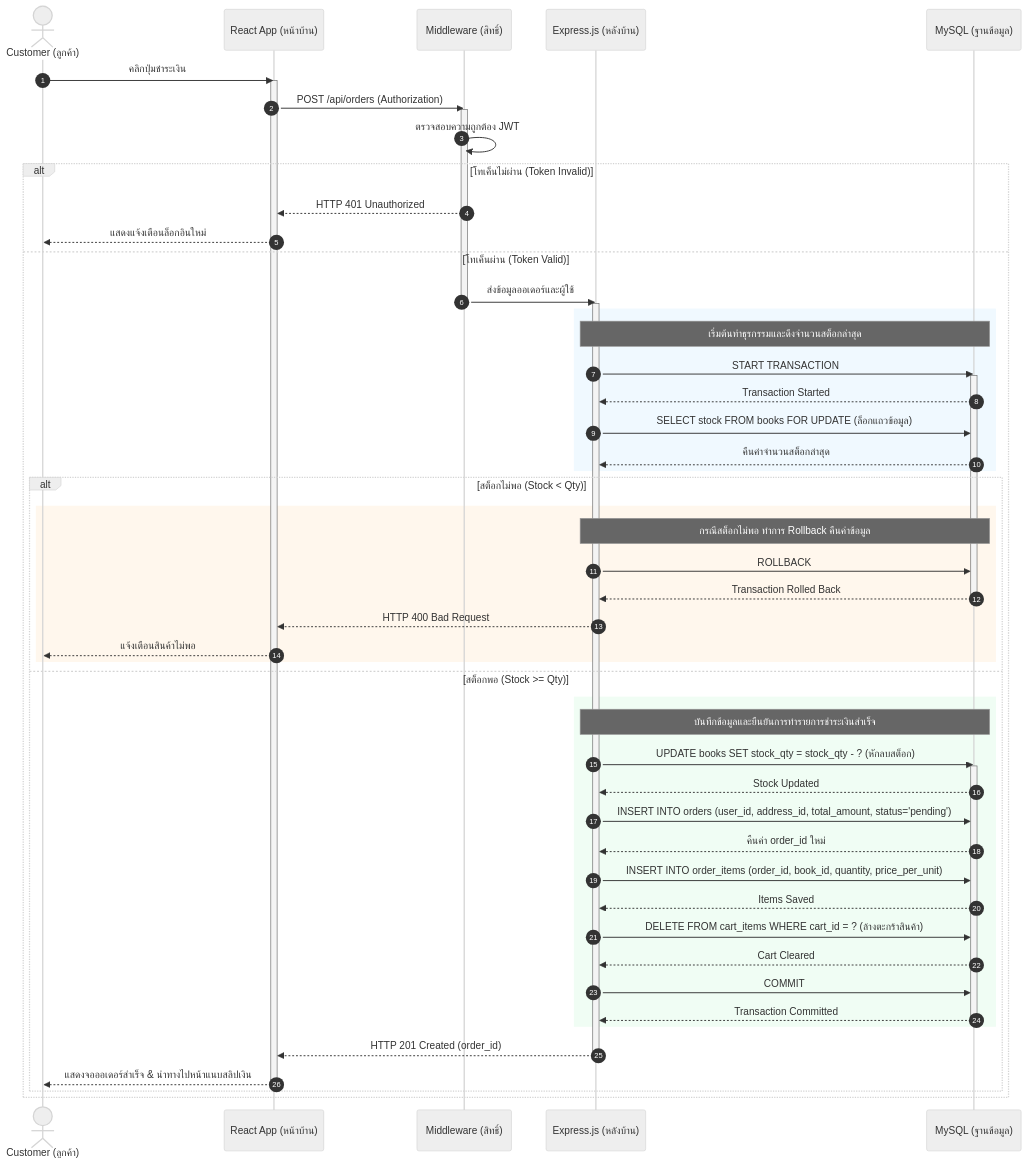
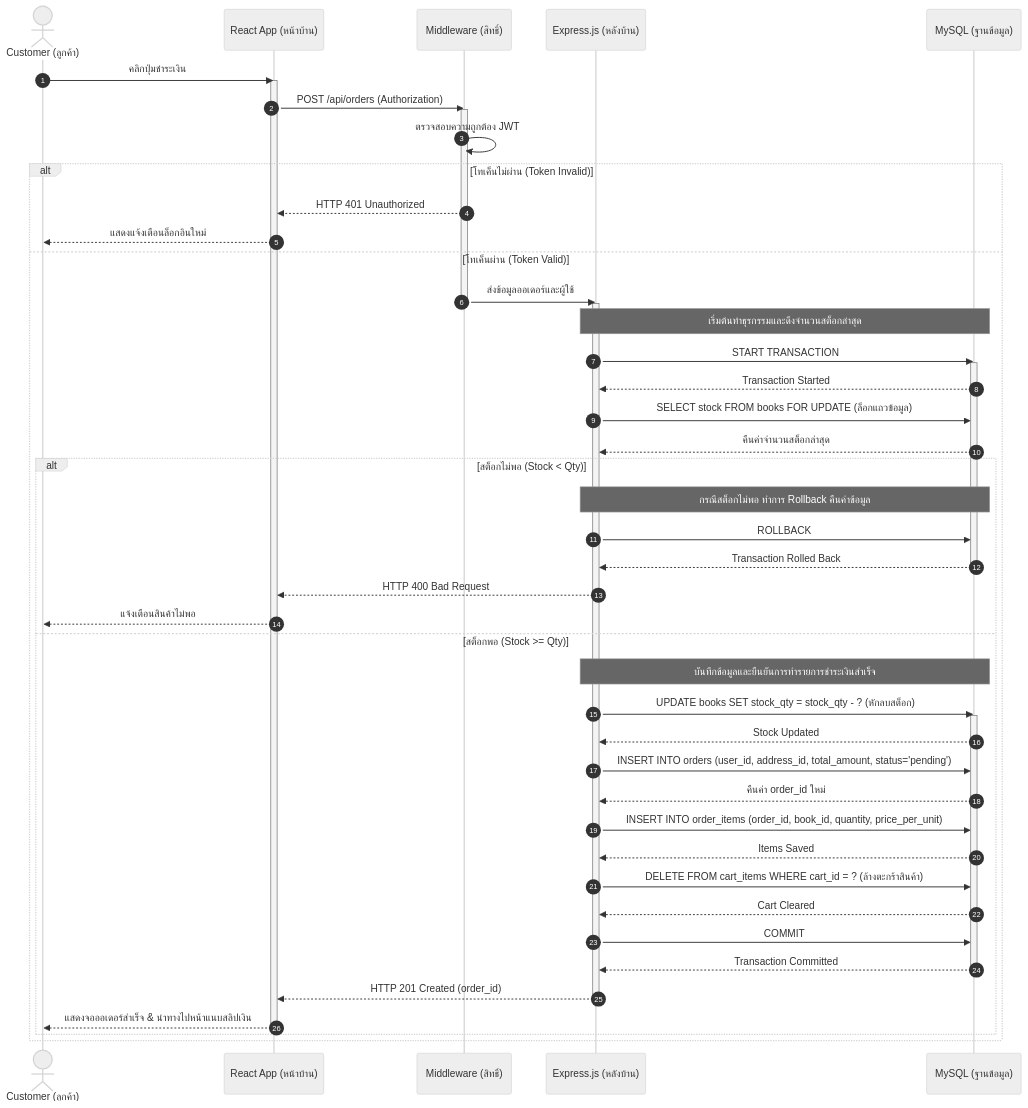
The sixth of 15 diagrams in diagram/Diagram.md (SupvichSpuGM/online-bookstore), drawn with Mermaid (neutral theme) before and after one commit. The commit also changed 1 other file, not shown here.

Commit message:
แก้ไข diagram มีสี

````diff
--- a/diagram/Diagram.md
+++ b/diagram/Diagram.md
@@ -397,71 +397,65 @@
 ```mermaid
 sequenceDiagram
             autonumber
             actor Customer as Customer (ลูกค้า)
             participant Client as React App (หน้าบ้าน)
             participant AuthMW as Middleware (สิทธิ์)
             participant API as Express.js (หลังบ้าน)
             participant DB as MySQL (ฐานข้อมูล)
 
             Customer->>Client: คลิกปุ่มชำระเงิน
             activate Client
             Client->>AuthMW: POST /api/orders (Authorization)
             activate AuthMW
             
             AuthMW->>AuthMW: ตรวจสอบความถูกต้อง JWT
             
             alt โทเค็นไม่ผ่าน (Token Invalid)
                 AuthMW-->>Client: HTTP 401 Unauthorized
                 Client-->>Customer: แสดงแจ้งเตือนล็อกอินใหม่
             else โทเค็นผ่าน (Token Valid)
                 AuthMW->>API: ส่งข้อมูลออเดอร์และผู้ใช้
                 deactivate AuthMW
                 activate API
                 
-                rect rgb(240, 249, 255)
-                    note over API, DB: เริ่มต้นทำธุรกรรมและดึงจำนวนสต็อกล่าสุด
-                    API->>DB: START TRANSACTION
-                    activate DB
-                    DB-->>API: Transaction Started
-                    
-                    API->>DB: SELECT stock FROM books FOR UPDATE (ล็อกแถวข้อมูล)
-                    DB-->>API: คืนค่าจำนวนสต็อกล่าสุด
-                end
+                note over API, DB: เริ่มต้นทำธุรกรรมและดึงจำนวนสต็อกล่าสุด
+                API->>DB: START TRANSACTION
+                activate DB
+                DB-->>API: Transaction Started
+                
+                API->>DB: SELECT stock FROM books FOR UPDATE (ล็อกแถวข้อมูล)
+                DB-->>API: คืนค่าจำนวนสต็อกล่าสุด
                 
                 alt สต็อกไม่พอ (Stock < Qty)
-                    rect rgb(255, 247, 237)
-                        note over API, DB: กรณีสต็อกไม่พอ ทำการ Rollback คืนค่าข้อมูล
-                        API->>DB: ROLLBACK
-                        DB-->>API: Transaction Rolled Back
-                        deactivate DB
-                        API-->>Client: HTTP 400 Bad Request
-                        Client-->>Customer: แจ้งเตือนสินค้าไม่พอ
-                    end
+                    note over API, DB: กรณีสต็อกไม่พอ ทำการ Rollback คืนค่าข้อมูล
+                    API->>DB: ROLLBACK
+                    DB-->>API: Transaction Rolled Back
+                    deactivate DB
+                    API-->>Client: HTTP 400 Bad Request
+                    Client-->>Customer: แจ้งเตือนสินค้าไม่พอ
                 else สต็อกพอ (Stock >= Qty)
-                    rect rgb(240, 253, 244)
-                        note over API, DB: บันทึกข้อมูลและยืนยันการทำรายการชำระเงินสำเร็จ
-                        API->>DB: UPDATE books SET stock_qty = stock_qty - ? (หักลบสต็อก)
-                        activate DB
-                        DB-->>API: Stock Updated
-                        
-                        API->>DB: INSERT INTO orders (user_id, address_id, total_amount, status='pending')
-                        DB-->>API: คืนค่า order_id ใหม่
-                        
-                        API->>DB: INSERT INTO order_items (order_id, book_id, quantity, price_per_unit)
-                        DB-->>API: Items Saved
+                    note over API, DB: บันทึกข้อมูลและยืนยันการทำรายการชำระเงินสำเร็จ
+                    API->>DB: UPDATE books SET stock_qty = stock_qty - ? (หักลบสต็อก)
+                    activate DB
+                    DB-->>API: Stock Updated
+                    
+                    API->>DB: INSERT INTO orders (user_id, address_id, total_amount, status='pending')
+                    DB-->>API: คืนค่า order_id ใหม่
+                    
+                    API->>DB: INSERT INTO order_items (order_id, book_id, quantity, price_per_unit)
+                    DB-->>API: Items Saved
 
-                        API->>DB: DELETE FROM cart_items WHERE cart_id = ? (ล้างตะกร้าสินค้า)
-                        DB-->>API: Cart Cleared
-                        
-                        API->>DB: COMMIT
-                        DB-->>API: Transaction Committed
-                        deactivate DB
-                    end
+                    API->>DB: DELETE FROM cart_items WHERE cart_id = ? (ล้างตะกร้าสินค้า)
+                    DB-->>API: Cart Cleared
+                    
+                    API->>DB: COMMIT
+                    DB-->>API: Transaction Committed
+                    deactivate DB
                     
                     API-->>Client: HTTP 201 Created (order_id)
                     deactivate API
                     Client-->>Customer: แสดงจอออเดอร์สำเร็จ & นำทางไปหน้าแนบสลิปเงิน
                     deactivate Client
                 end
             end
 ```
````
